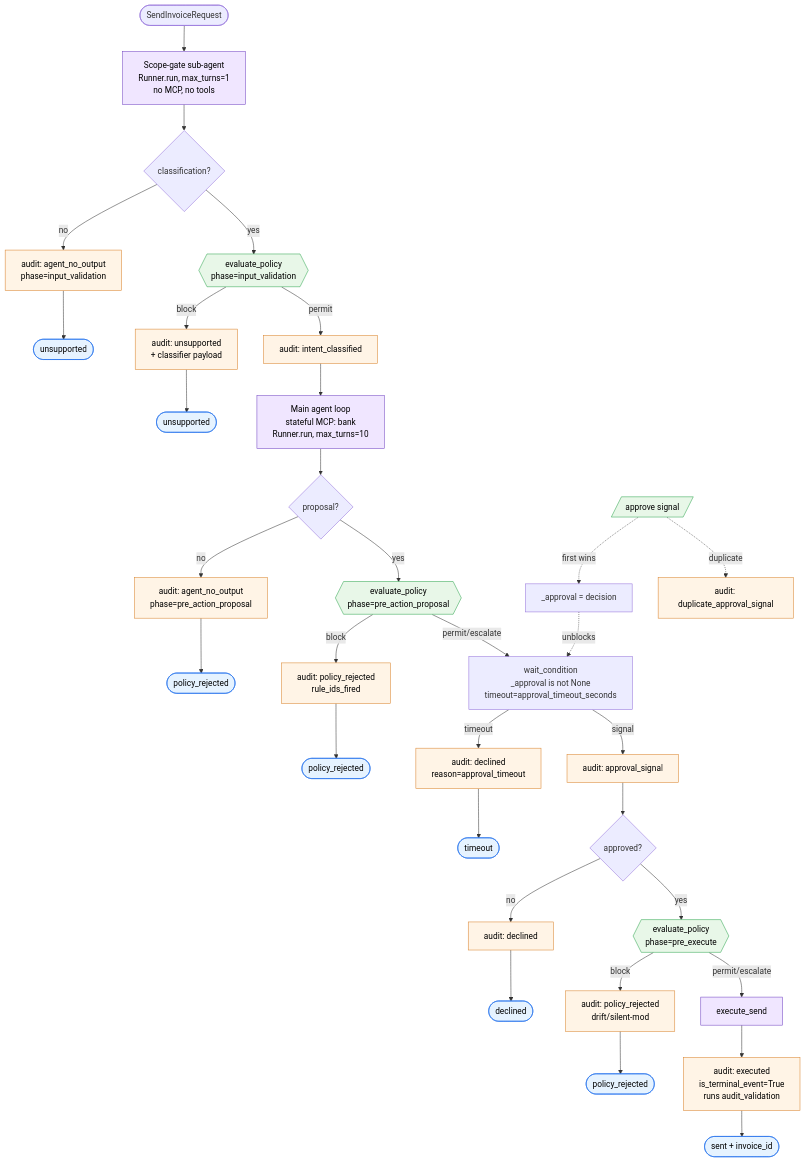
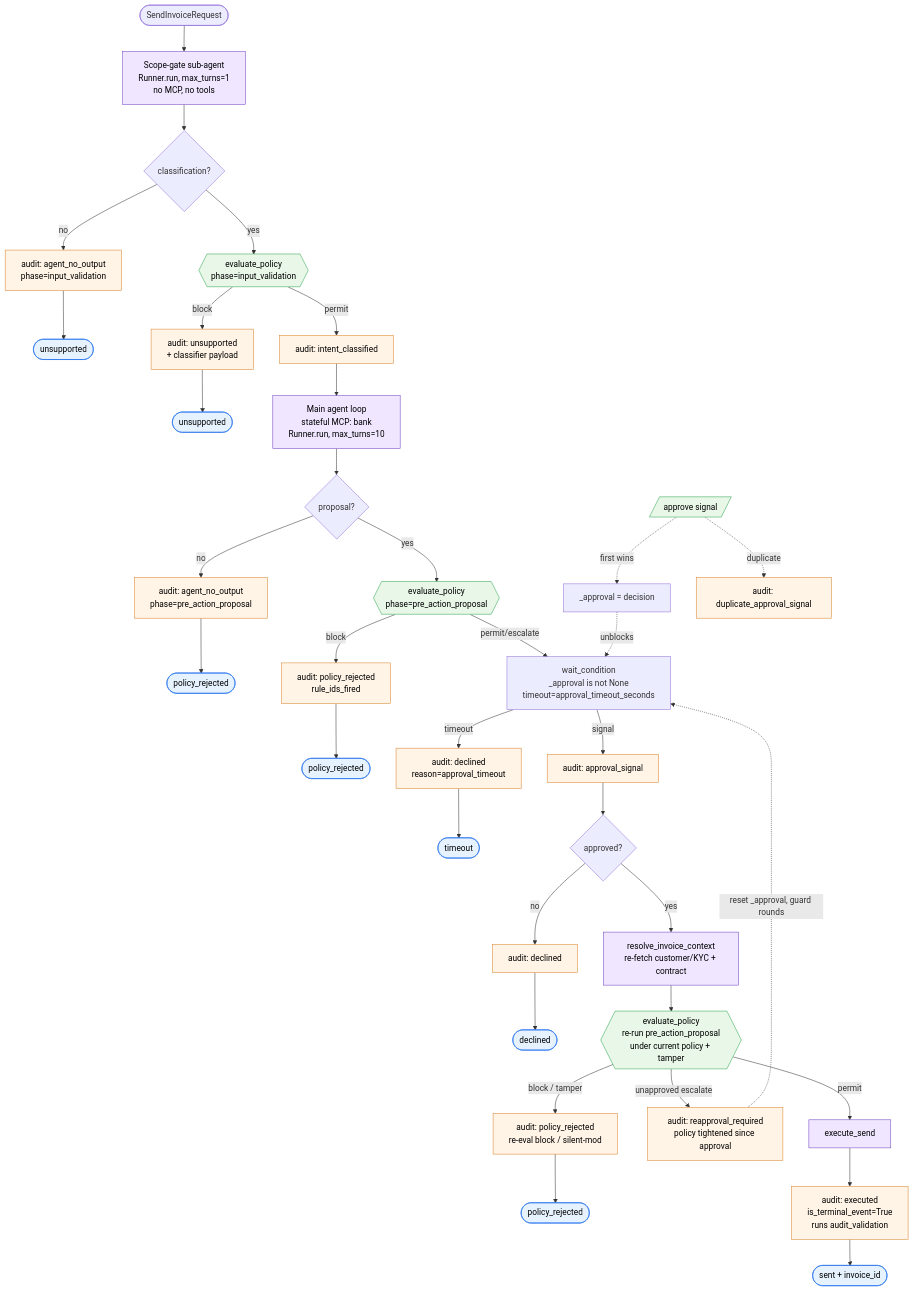
Before and after one commit to felixglush/banking-agent: the diagram in workflows/send_invoice/README.md, drawn with Mermaid. The commit also changed other lines of this file and 3 other files, not shown here.

````diff
--- a/workflows/send_invoice/README.md
+++ b/workflows/send_invoice/README.md
@@ -35,45 +36,48 @@
 ```mermaid
 flowchart TD
     Start([SendInvoiceRequest]) --> ScopeGate[Scope-gate sub-agent<br/>Runner.run, max_turns=1<br/>no MCP, no tools]
     ScopeGate --> HasClass{classification?}
     HasClass -- no --> AuditNoClass[audit: agent_no_output<br/>phase=input_validation]
     AuditNoClass --> EndUnsupported1([unsupported])
     HasClass -- yes --> InputGate{{evaluate_policy<br/>phase=input_validation}}
     InputGate -- block --> AuditUnsupported[audit: unsupported<br/>+ classifier payload]
     AuditUnsupported --> EndUnsupported2([unsupported])
     InputGate -- permit --> AuditIntent[audit: intent_classified]
     AuditIntent --> Agent[Main agent loop<br/>stateful MCP: bank<br/>Runner.run, max_turns=10]
     Agent --> HasOutput{proposal?}
     HasOutput -- no --> AuditNoOut[audit: agent_no_output<br/>phase=pre_action_proposal]
     AuditNoOut --> EndRejected1([policy_rejected])
     HasOutput -- yes --> ProposalGate{{evaluate_policy<br/>phase=pre_action_proposal}}
     ProposalGate -- block --> AuditPolReject[audit: policy_rejected<br/>rule_ids_fired]
     AuditPolReject --> EndRejected2([policy_rejected])
     ProposalGate -- permit/escalate --> Wait[wait_condition<br/>_approval is not None<br/>timeout=approval_timeout_seconds]
     Wait -- timeout --> AuditTimeout[audit: declined<br/>reason=approval_timeout]
     AuditTimeout --> EndTimeout([timeout])
     Wait -- signal --> AuditSignal[audit: approval_signal]
     AuditSignal --> Approved{approved?}
     Approved -- no --> AuditDeclined[audit: declined]
     AuditDeclined --> EndDeclined([declined])
-    Approved -- yes --> PreExecGate{{evaluate_policy<br/>phase=pre_execute}}
-    PreExecGate -- block --> AuditDriftReject[audit: policy_rejected<br/>drift/silent-mod]
+    Approved -- yes --> ReResolve[resolve_invoice_context<br/>re-fetch customer/KYC + contract]
+    ReResolve --> PreExecGate{{evaluate_policy<br/>re-run pre_action_proposal<br/>under current policy + tamper}}
+    PreExecGate -- block / tamper --> AuditDriftReject[audit: policy_rejected<br/>re-eval block / silent-mod]
     AuditDriftReject --> EndRejected3([policy_rejected])
-    PreExecGate -- permit/escalate --> Execute[execute_send]
+    PreExecGate -- unapproved escalate --> AuditReapproval[audit: reapproval_required<br/>policy tightened since approval]
+    AuditReapproval -. reset _approval, guard rounds .-> Wait
+    PreExecGate -- permit --> Execute[execute_send]
     Execute --> AuditExecuted[audit: executed<br/>is_terminal_event=True<br/>runs audit_validation]
     AuditExecuted --> EndSent([sent + invoice_id])
 
     Signal[/approve signal/]:::signal -. first wins .-> SetApproval[_approval = decision]
     Signal -. duplicate .-> AuditDup[audit: duplicate_approval_signal]
     SetApproval -. unblocks .-> Wait
 
     classDef audit fill:#fff4e6,stroke:#d9822b,color:#000
     classDef terminal fill:#e6f3ff,stroke:#1f6feb,color:#000
     classDef activity fill:#f0e6ff,stroke:#6f42c1,color:#000
     classDef policy fill:#e8f7e8,stroke:#2da44e,color:#000
     classDef signal fill:#e8f7e8,stroke:#2da44e,color:#000
-    class AuditNoClass,AuditUnsupported,AuditIntent,AuditNoOut,AuditPolReject,AuditTimeout,AuditSignal,AuditDeclined,AuditDriftReject,AuditExecuted,AuditDup audit
+    class AuditNoClass,AuditUnsupported,AuditIntent,AuditNoOut,AuditPolReject,AuditTimeout,AuditSignal,AuditDeclined,AuditDriftReject,AuditReapproval,AuditExecuted,AuditDup audit
     class EndUnsupported1,EndUnsupported2,EndRejected1,EndRejected2,EndRejected3,EndTimeout,EndDeclined,EndSent terminal
-    class ScopeGate,Agent,Execute activity
+    class ScopeGate,Agent,ReResolve,Execute activity
     class InputGate,ProposalGate,PreExecGate policy
 ```
````
